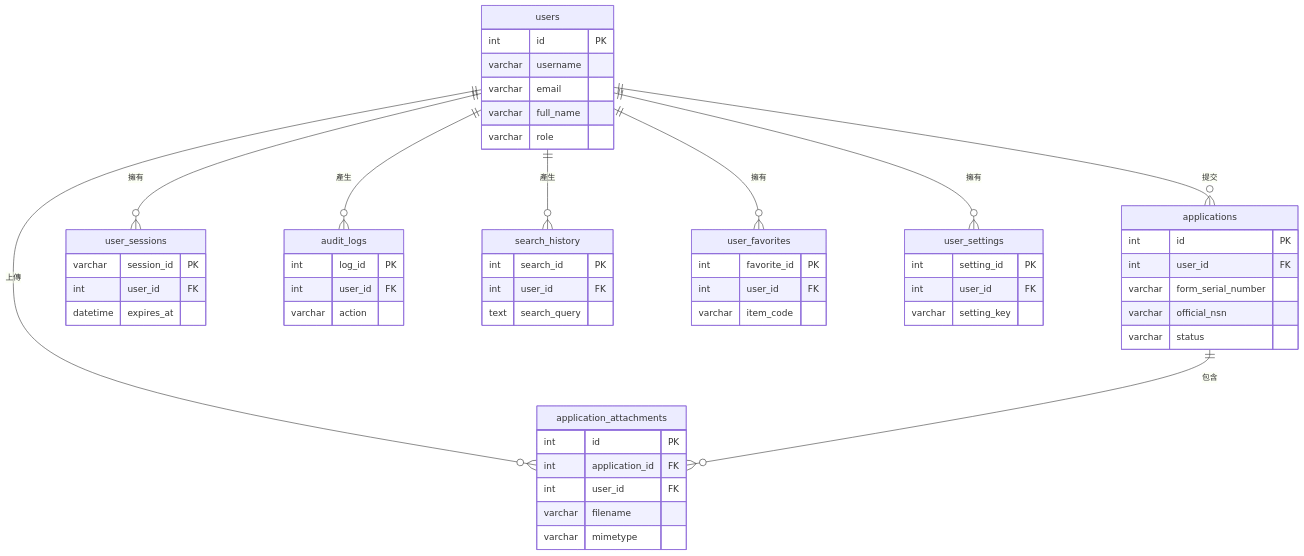
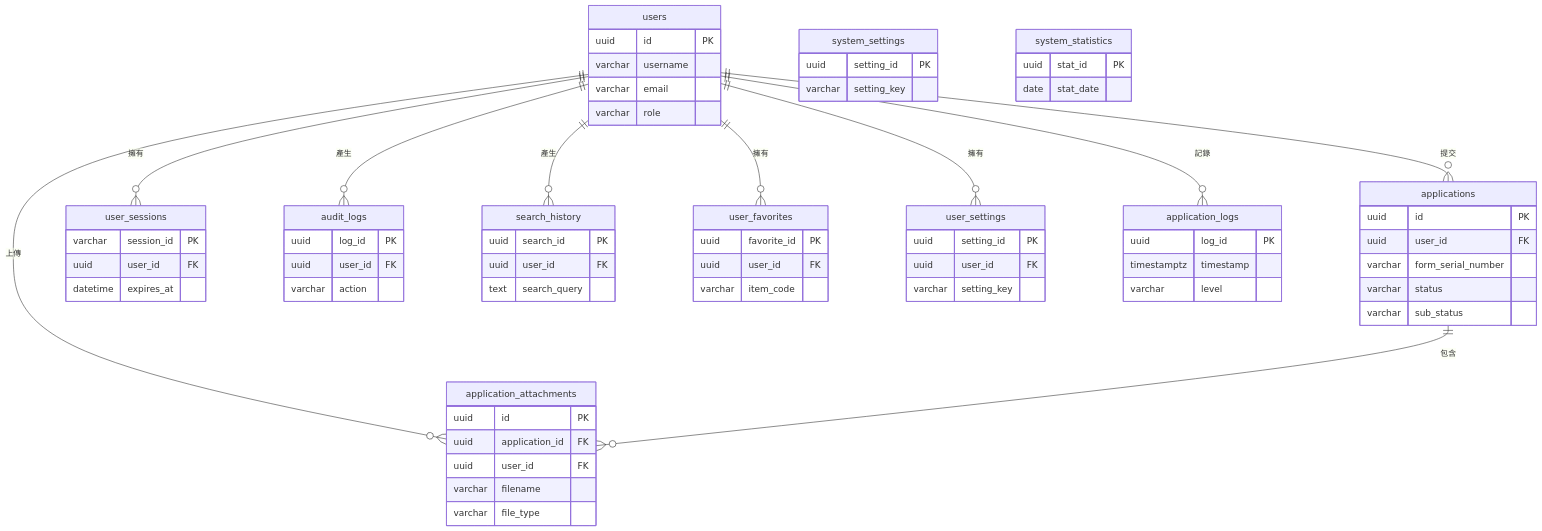
The diagram in 舊的資料庫/02-database/02-schema-webapp.md (linchen1107/SBIR), drawn with Mermaid before and after one commit. The commit also changed other lines of this file and 113 other files, not shown here.

````diff
--- a/舊的資料庫/02-database/02-schema-webapp.md
+++ b/舊的資料庫/02-database/02-schema-webapp.md
@@ -19,65 +19,81 @@
 ```mermaid
 erDiagram
     users {
-        int id PK
+        uuid id PK
         varchar username
         varchar email
-        varchar full_name
         varchar role
     }
 
     applications {
-        int id PK
-        int user_id FK
+        uuid id PK
+        uuid user_id FK
         varchar form_serial_number
-        varchar official_nsn
         varchar status
+        varchar sub_status
     }
 
     application_attachments {
-        int id PK
-        int application_id FK
-        int user_id FK
+        uuid id PK
+        uuid application_id FK
+        uuid user_id FK
         varchar filename
-        varchar mimetype
+        varchar file_type
     }
 
     user_sessions {
         varchar session_id PK
-        int user_id FK
+        uuid user_id FK
         datetime expires_at
     }
-    
+
     audit_logs {
-        int log_id PK
-        int user_id FK
+        uuid log_id PK
+        uuid user_id FK
         varchar action
     }
 
     search_history {
-        int search_id PK
-        int user_id FK
+        uuid search_id PK
+        uuid user_id FK
         text search_query
     }
 
     user_favorites {
-        int favorite_id PK
-        int user_id FK
+        uuid favorite_id PK
+        uuid user_id FK
         varchar item_code
     }
 
     user_settings {
-        int setting_id PK
-        int user_id FK
+        uuid setting_id PK
+        uuid user_id FK
         varchar setting_key
+    }
+
+    system_settings {
+        uuid setting_id PK
+        varchar setting_key
+    }
+
+    system_statistics {
+        uuid stat_id PK
+        date stat_date
+    }
+
+    application_logs {
+        uuid log_id PK
+        timestamptz timestamp
+        varchar level
     }
 
     users ||--o{ applications : "提交"
     users ||--o{ user_sessions : "擁有"
     users ||--o{ audit_logs : "產生"
     users ||--o{ search_history : "產生"
     users ||--o{ user_favorites : "擁有"
     users ||--o{ user_settings : "擁有"
     users ||--o{ application_attachments : "上傳"
+    users ||--o{ application_logs : "記錄"
     applications ||--o{ application_attachments : "包含"
 ```
````
